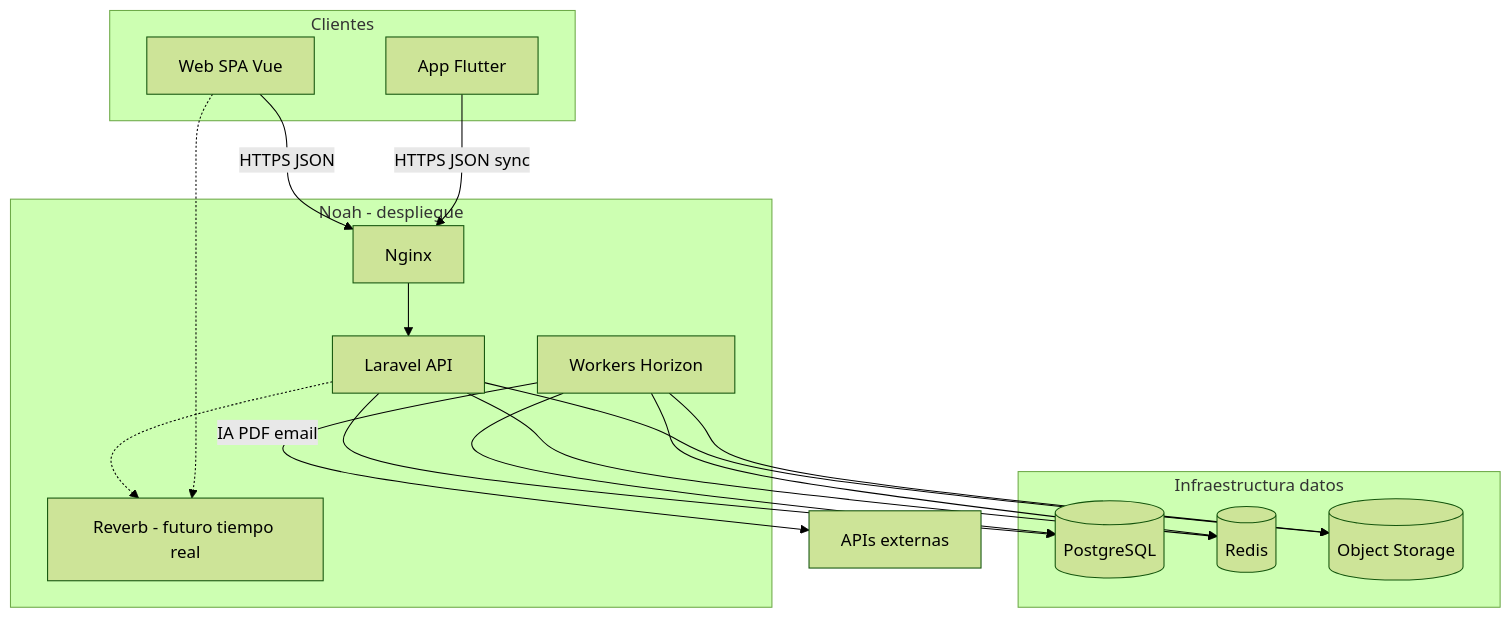
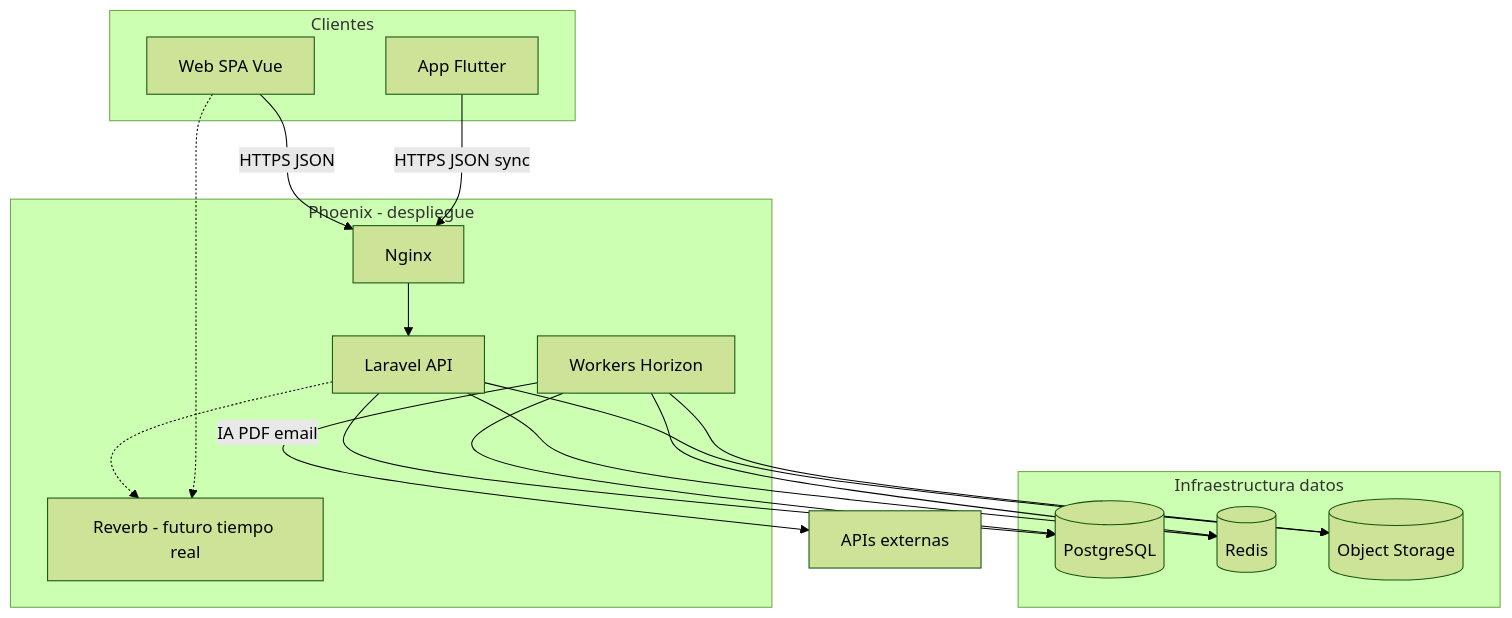
One commit to Adrian247/noah changed the diagram in openspec/diagrams/containers.md. Above: the diagram before and after it, drawn with Mermaid (forest theme). The commit also changed other lines of this file and 402 other files, not shown here.

````diff
--- a/openspec/diagrams/containers.md
+++ b/openspec/diagrams/containers.md
@@ -5,33 +5,33 @@
 ```mermaid
 flowchart TB
   subgraph clients [Clientes]
     WEB[Web SPA Vue]
     MOB[App Flutter]
   end
 
-  subgraph noah [Noah - despliegue]
+  subgraph phoenix [Phoenix - despliegue]
     NGX[Nginx]
     API[Laravel API]
     WRK[Workers Horizon]
     REB[Reverb - futuro tiempo real]
   end
 
   subgraph data [Infraestructura datos]
     PG[(PostgreSQL)]
     RD[(Redis)]
     S3[(Object Storage)]
   end
 
   WEB -->|HTTPS JSON| NGX
   MOB -->|HTTPS JSON sync| NGX
   NGX --> API
   API --> PG
   API --> RD
   API --> S3
   WRK --> RD
   WRK --> PG
   WRK --> S3
   WRK -->|IA PDF email| EXT[APIs externas]
   API -.-> REB
   WEB -.-> REB
 ```
````
